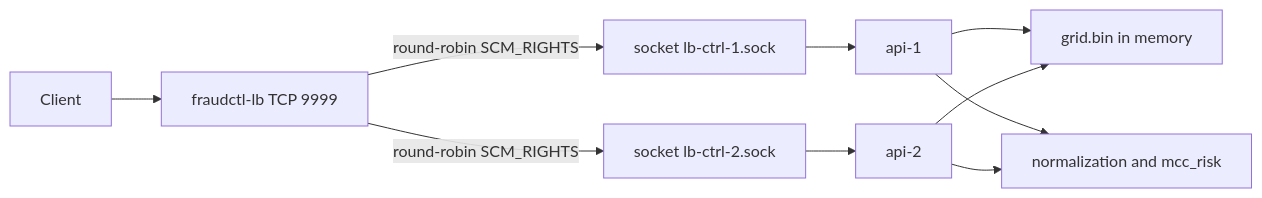
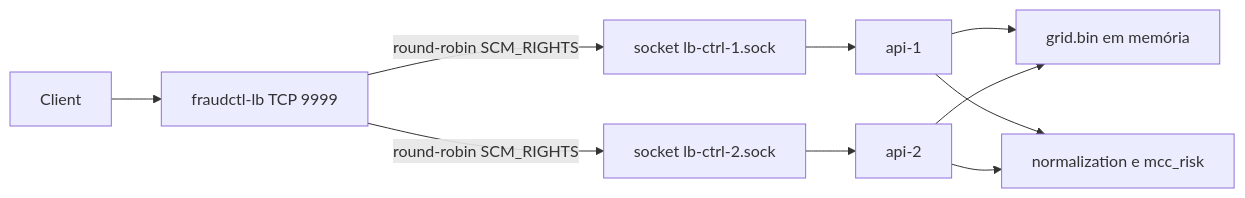
One commit to fabianoflorentino/fraudctl changed the first of 3 diagrams in docs/ARCHITECTURE.md. Above: the diagram before and after it, drawn with Mermaid. The commit also changed other lines of this file and 5 other files, not shown here.

````diff
--- a/docs/ARCHITECTURE.md
+++ b/docs/ARCHITECTURE.md
@@ -14,12 +14,12 @@
 ```mermaid
 flowchart LR
     C[Client] --> LB[fraudctl-lb TCP 9999]
     LB -->|round-robin SCM_RIGHTS| S1[socket lb-ctrl-1.sock]
     LB -->|round-robin SCM_RIGHTS| S2[socket lb-ctrl-2.sock]
     S1 --> API1[api-1]
     S2 --> API2[api-2]
-    API1 --> IDX[grid.bin in memory]
+    API1 --> IDX[grid.bin em memória]
     API2 --> IDX
-    API1 --> CFG[normalization and mcc_risk]
+    API1 --> CFG[normalization e mcc_risk]
     API2 --> CFG
 ```
````
